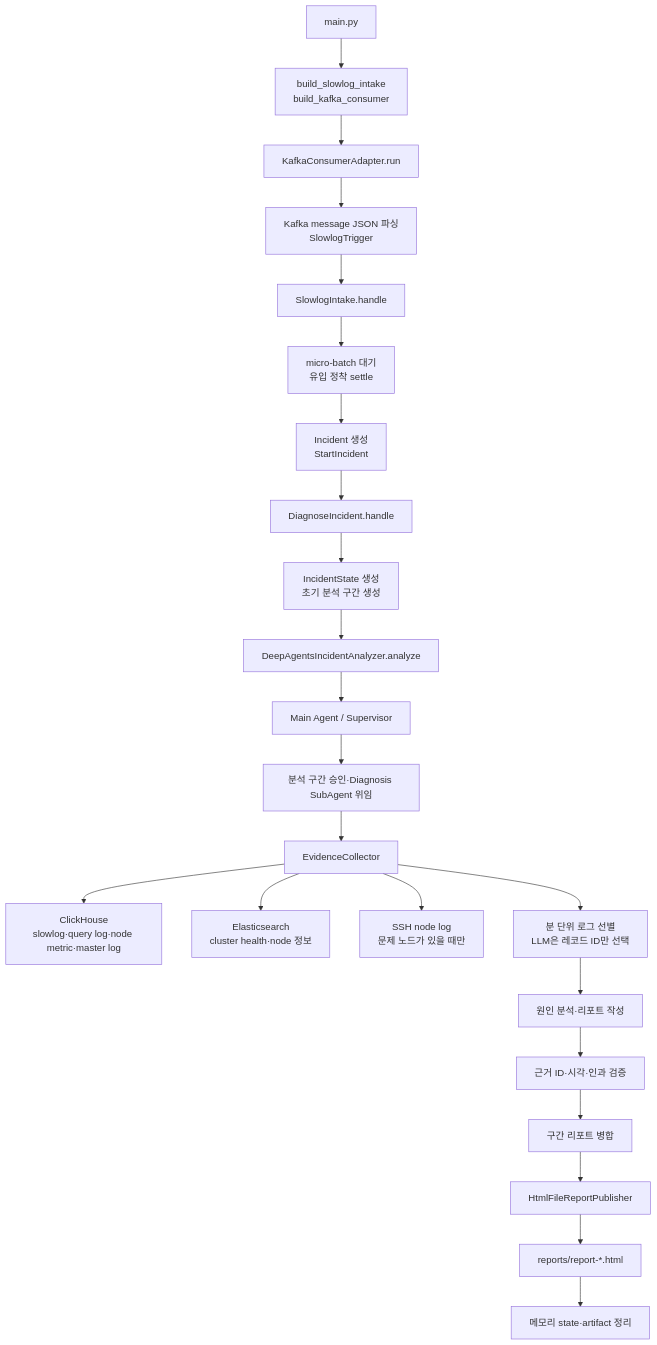
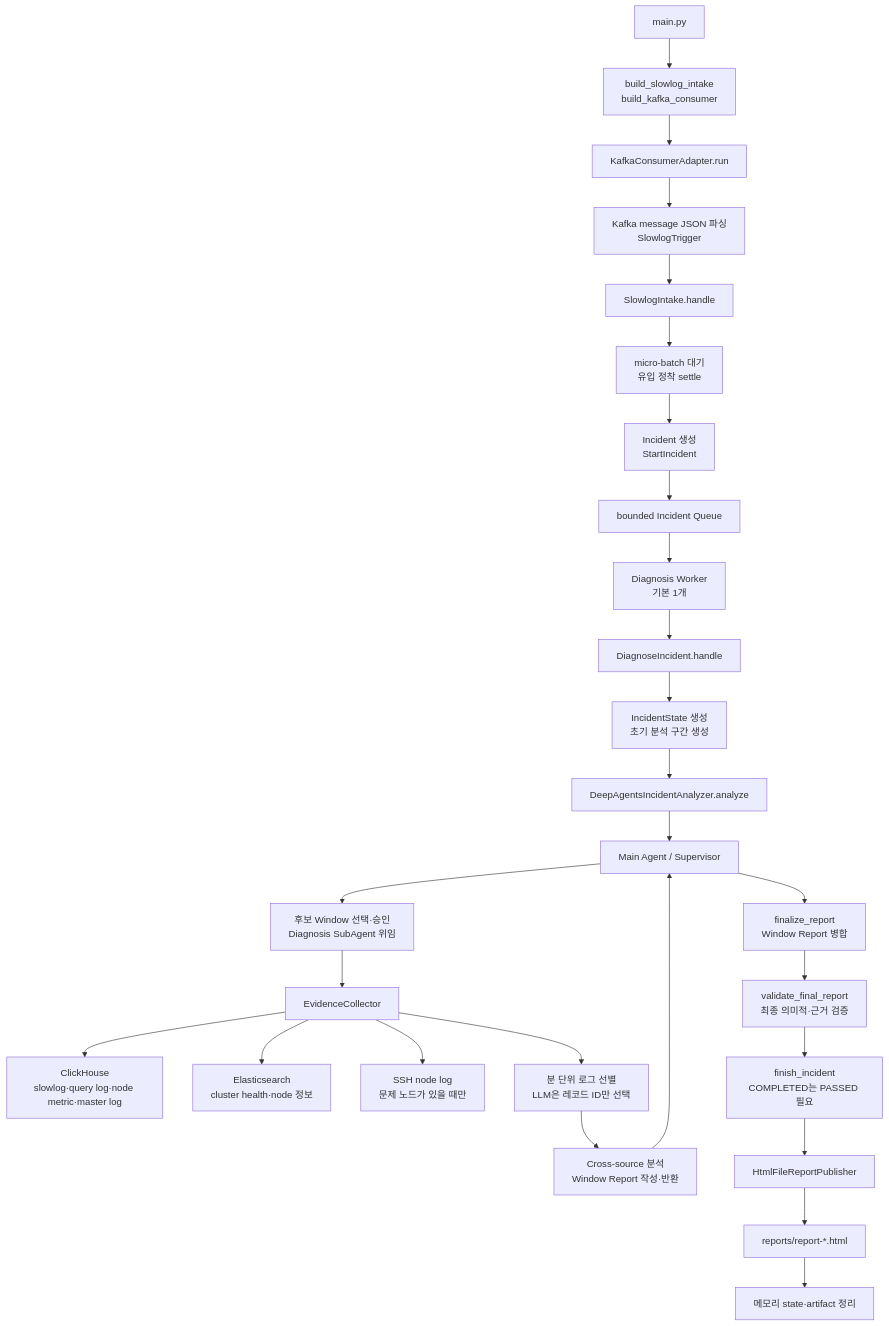
Before and after one commit to BaektotheFuture98/ClusterDoctor: the diagram in README.md, drawn with Mermaid. The commit also changed other lines of this file, not shown here.

Commit message:
docs: align README with incident flow

````diff
--- a/README.md
+++ b/README.md
@@ -252,25 +259,29 @@
 ```mermaid
 flowchart TD
     A[main.py] --> B[build_slowlog_intake<br/>build_kafka_consumer]
     B --> C[KafkaConsumerAdapter.run]
     C --> D[Kafka message JSON 파싱<br/>SlowlogTrigger]
     D --> E[SlowlogIntake.handle]
     E --> F[micro-batch 대기<br/>유입 정착 settle]
     F --> G[Incident 생성<br/>StartIncident]
-    G --> H[DiagnoseIncident.handle]
+    G --> GQ[bounded Incident Queue]
+    GQ --> GW[Diagnosis Worker<br/>기본 1개]
+    GW --> H[DiagnoseIncident.handle]
     H --> I[IncidentState 생성<br/>초기 분석 구간 생성]
     I --> J[DeepAgentsIncidentAnalyzer.analyze]
     J --> K[Main Agent / Supervisor]
-    K --> L[분석 구간 승인·Diagnosis SubAgent 위임]
+    K --> L[후보 Window 선택·승인<br/>Diagnosis SubAgent 위임]
     L --> M[EvidenceCollector]
     M --> N[ClickHouse<br/>slowlog·query log·node metric·master log]
     M --> O[Elasticsearch<br/>cluster health·node 정보]
     M --> P[SSH node log<br/>문제 노드가 있을 때만]
     M --> Q[분 단위 로그 선별<br/>LLM은 레코드 ID만 선택]
-    Q --> R[원인 분석·리포트 작성]
-    R --> S[근거 ID·시각·인과 검증]
-    S --> T[구간 리포트 병합]
-    T --> U[HtmlFileReportPublisher]
+    Q --> R[Cross-source 분석<br/>Window Report 작성·반환]
+    R --> K
+    K --> T[finalize_report<br/>Window Report 병합]
+    T --> S[validate_final_report<br/>최종 의미적·근거 검증]
+    S --> SF[finish_incident<br/>COMPLETED는 PASSED 필요]
+    SF --> U[HtmlFileReportPublisher]
     U --> V[reports/report-*.html]
     V --> W[메모리 state·artifact 정리]
 ```
````
